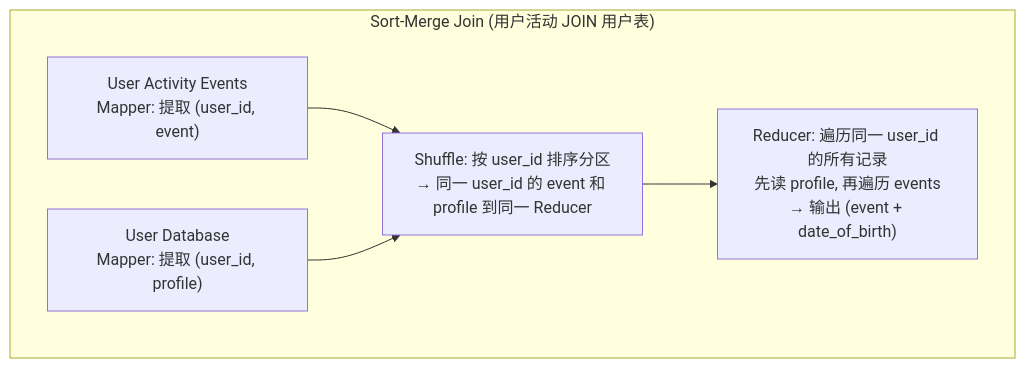
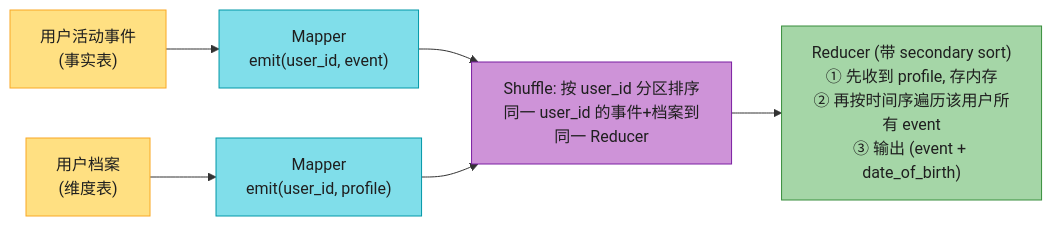
One commit to socoo123/ddia_2nd changed diagram 12 of 24 in ch11-批处理.md. Above: the diagram before and after it, drawn with Mermaid. The commit also changed other lines of this file and 5 other files, not shown here.

````diff
--- a/ch11-批处理.md
+++ b/ch11-批处理.md
@@ -267,12 +616,15 @@
 ```mermaid
-graph TD
-    subgraph SMJ["Sort-Merge Join (用户活动 JOIN 用户表)"]
-        E["User Activity Events<br/>Mapper: 提取 (user_id, event)"]
-        U["User Database<br/>Mapper: 提取 (user_id, profile)"]
-        S["Shuffle: 按 user_id 排序分区<br/>→ 同一 user_id 的 event 和 profile 到同一 Reducer"]
-        R["Reducer: 遍历同一 user_id 的所有记录<br/>先读 profile, 再遍历 events<br/>→ 输出 (event + date_of_birth)"]
-        E --> S
-        U --> S
-        S --> R
-    end
+flowchart LR
+    E["用户活动事件<br/>(事实表)"] --> MAPE["Mapper<br/>emit(user_id, event)"]
+    U["用户档案<br/>(维度表)"] --> MAPU["Mapper<br/>emit(user_id, profile)"]
+    MAPE --> SHUF["Shuffle: 按 user_id 分区排序<br/>同一 user_id 的事件+档案到同一 Reducer"]
+    MAPU --> SHUF
+    SHUF --> RED["Reducer (带 secondary sort)<br/>① 先收到 profile, 存内存<br/>② 再按时间序遍历该用户所有 event<br/>③ 输出 (event + date_of_birth)"]
+
+    style E fill:#FFE082,stroke:#F9A825,color:#1f1f1f
+    style U fill:#FFE082,stroke:#F9A825,color:#1f1f1f
+    style MAPE fill:#80DEEA,stroke:#0097A7,color:#1f1f1f
+    style MAPU fill:#80DEEA,stroke:#0097A7,color:#1f1f1f
+    style SHUF fill:#CE93D8,stroke:#7B1FA2,color:#1f1f1f
+    style RED fill:#A5D6A7,stroke:#388E3C,color:#1f1f1f
 ```
````
